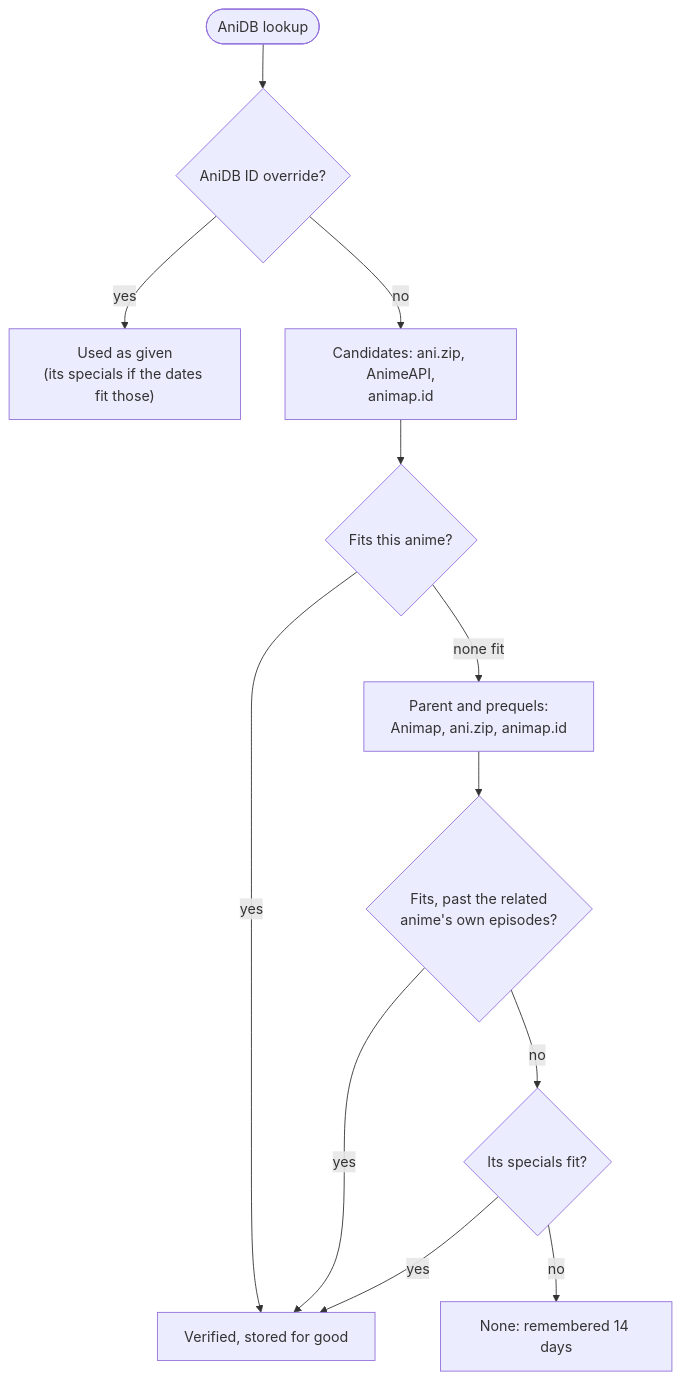
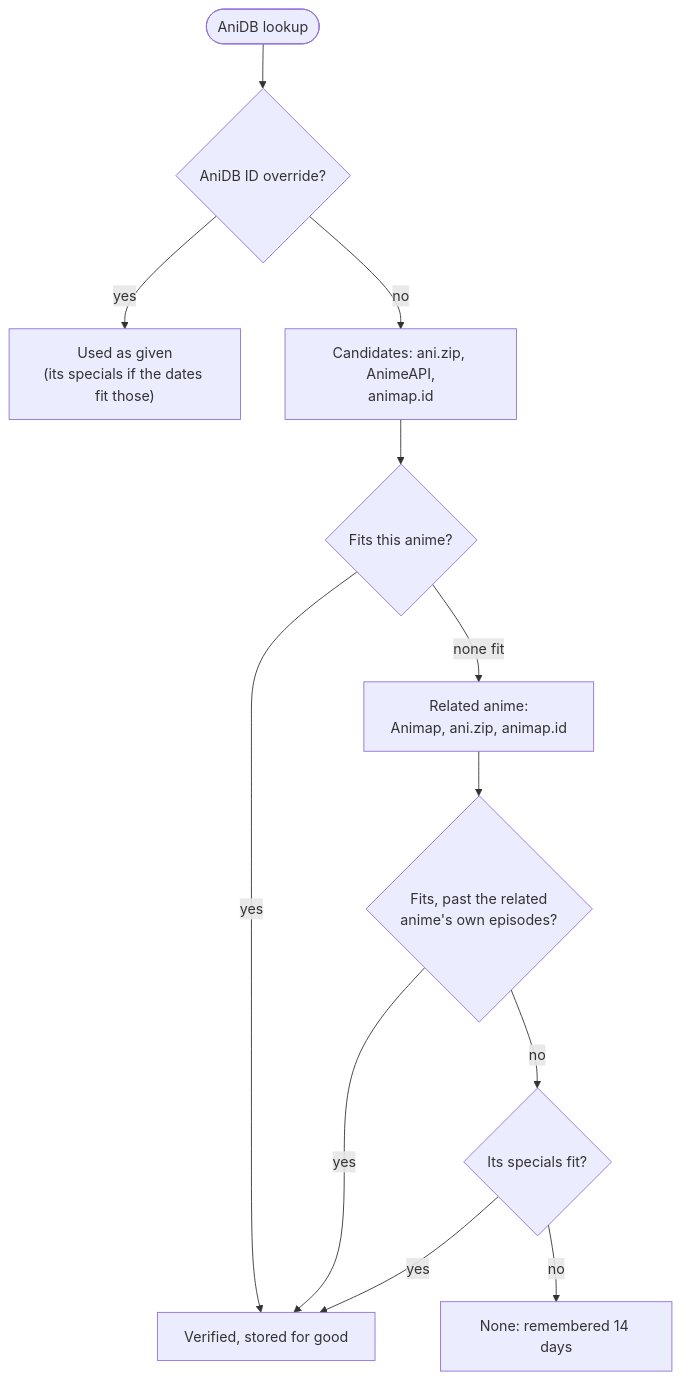
One commit to Rinkerbel/rinkerbel-seanime-extensions changed the fourth of 4 diagrams in plugins/Missing Metadata Fix/README.md. Above: the diagram before and after it, drawn with Mermaid. The commit also changed other lines of this file and 4 other files, not shown here.

````diff
--- a/plugins/Missing Metadata Fix/README.md
+++ b/plugins/Missing Metadata Fix/README.md
@@ -467,14 +509,14 @@
 ```mermaid
 flowchart TD
     s(["AniDB lookup"]) --> o{"AniDB ID override?"}
     o -- yes --> useO["Used as given<br>(its specials if the dates fit those)"]
     o -- no --> c["Candidates: ani.zip, AnimeAPI,<br>animap.id"]
     c --> chk{"Fits this anime?"}
     chk -- yes --> ok["Verified, stored for good"]
-    chk -- "none fit" --> rel["Parent and prequels:<br>Animap, ani.zip, animap.id"]
+    chk -- "none fit" --> rel["Related anime:<br>Animap, ani.zip, animap.id"]
     rel --> chk2{"Fits, past the related<br>anime's own episodes?"}
     chk2 -- yes --> ok
     chk2 -- no --> sp{"Its specials fit?"}
     sp -- yes --> ok
     sp -- no --> no["None: remembered 14 days"]
 ```
````
